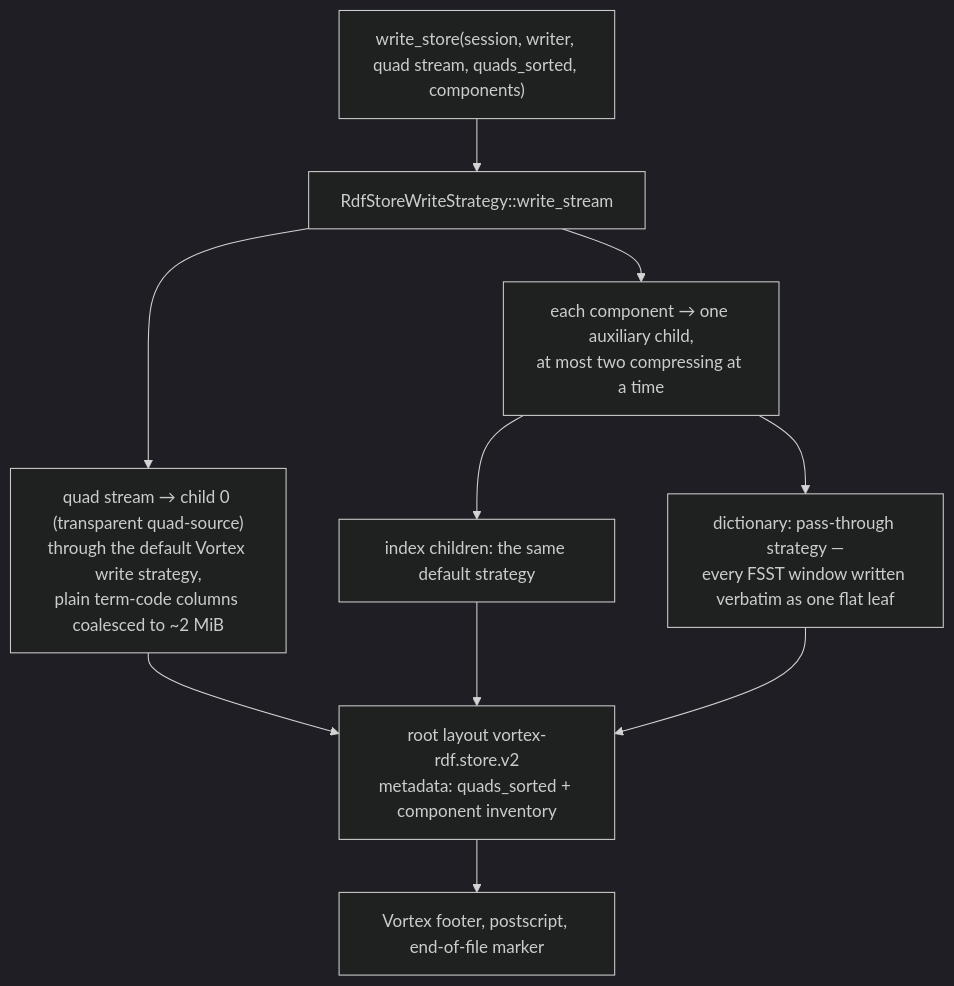
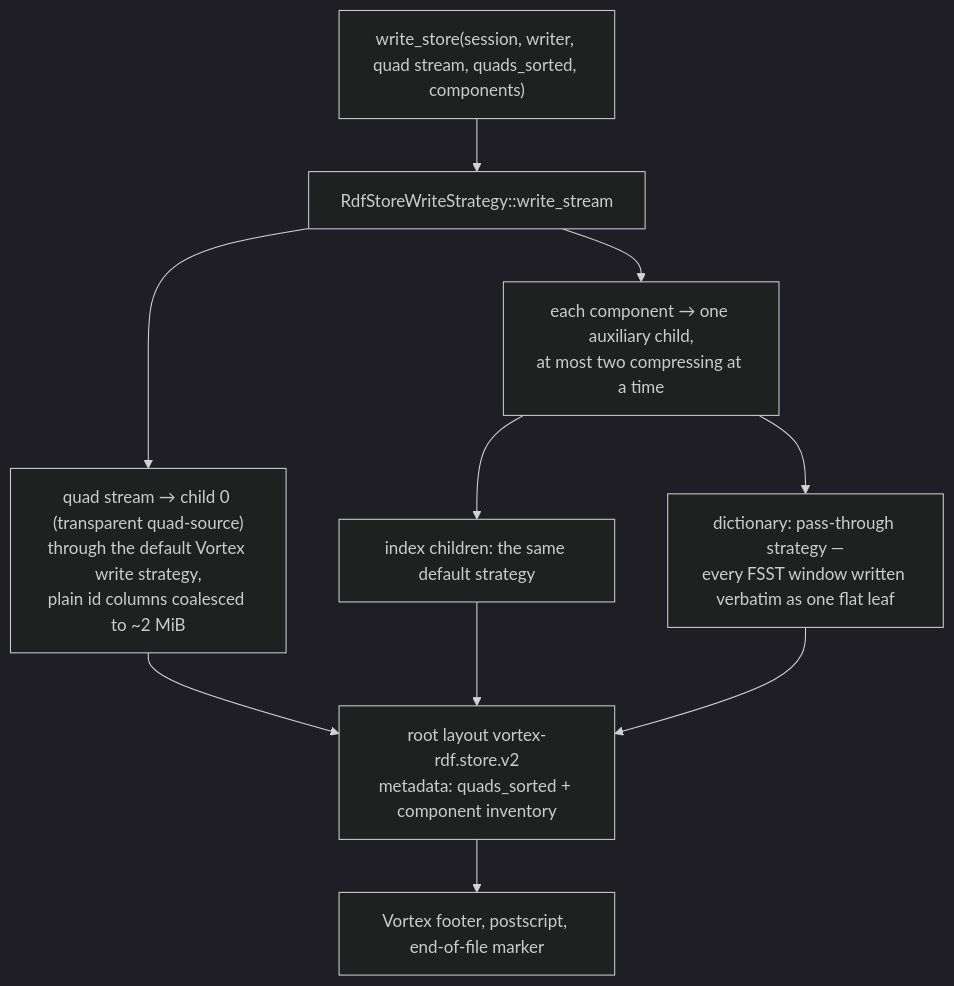
Before and after one commit to vortex-rdf/vortex-rdf: the fourth of 4 diagrams in docs/serialization.md, drawn with Mermaid (dark theme). The commit also changed other lines of this file and 5 other files, not shown here.

````diff
--- a/docs/serialization.md
+++ b/docs/serialization.md
@@ -379,12 +379,12 @@
 ```mermaid
 flowchart TD
     W["write_store(session, writer, quad stream, quads_sorted, components)"] --> S["RdfStoreWriteStrategy::write_stream"]
-    S --> Q["quad stream → child 0 (transparent quad-source)<br/>through the default Vortex write strategy,<br/>plain term-code columns coalesced to ~2 MiB"]
+    S --> Q["quad stream → child 0 (transparent quad-source)<br/>through the default Vortex write strategy,<br/>plain id columns coalesced to ~2 MiB"]
     S --> C["each component → one auxiliary child,<br/>at most two compressing at a time"]
     C --> C1["index children: the same default strategy"]
     C --> C2["dictionary: pass-through strategy —<br/>every FSST window written verbatim as one flat leaf"]
     Q --> R["root layout vortex-rdf.store.v2<br/>metadata: quads_sorted + component inventory"]
     C1 --> R
     C2 --> R
     R --> F["Vortex footer, postscript, end-of-file marker"]
 ```
````
